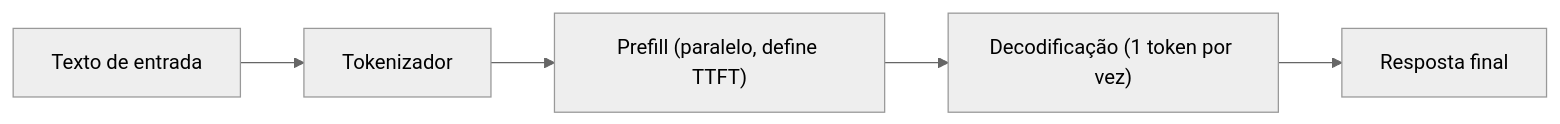
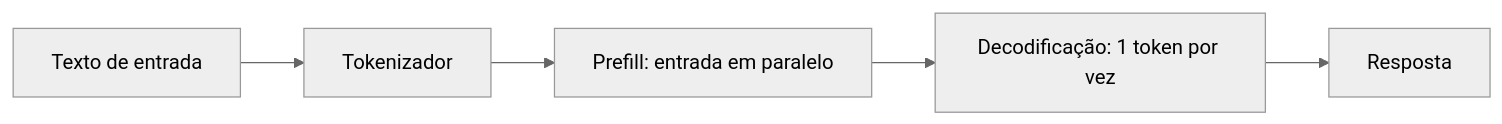
One commit to Lip3Bazinga/v0-level-usp-project changed the diagram in content/cursos/n7-engenharia-de-ia/01-llms-e-apis/01-como-um-llm-e-servido.lvl.md. Above: the diagram before and after it, drawn with Mermaid (neutral theme). The commit also changed other lines of this file and 20 other files, not shown here.

````diff
--- a/content/cursos/n7-engenharia-de-ia/01-llms-e-apis/01-como-um-llm-e-servido.lvl.md
+++ b/content/cursos/n7-engenharia-de-ia/01-llms-e-apis/01-como-um-llm-e-servido.lvl.md
@@ -28,7 +357,7 @@
 ```mermaid
 flowchart LR
     A["Texto de entrada"] --> B["Tokenizador"]
-    B --> C["Prefill (paralelo, define TTFT)"]
-    C --> D["Decodificação (1 token por vez)"]
-    D --> E["Resposta final"]
+    B --> C["Prefill: entrada em paralelo"]
+    C --> D["Decodificação: 1 token por vez"]
+    D --> E["Resposta"]
 ```
````
